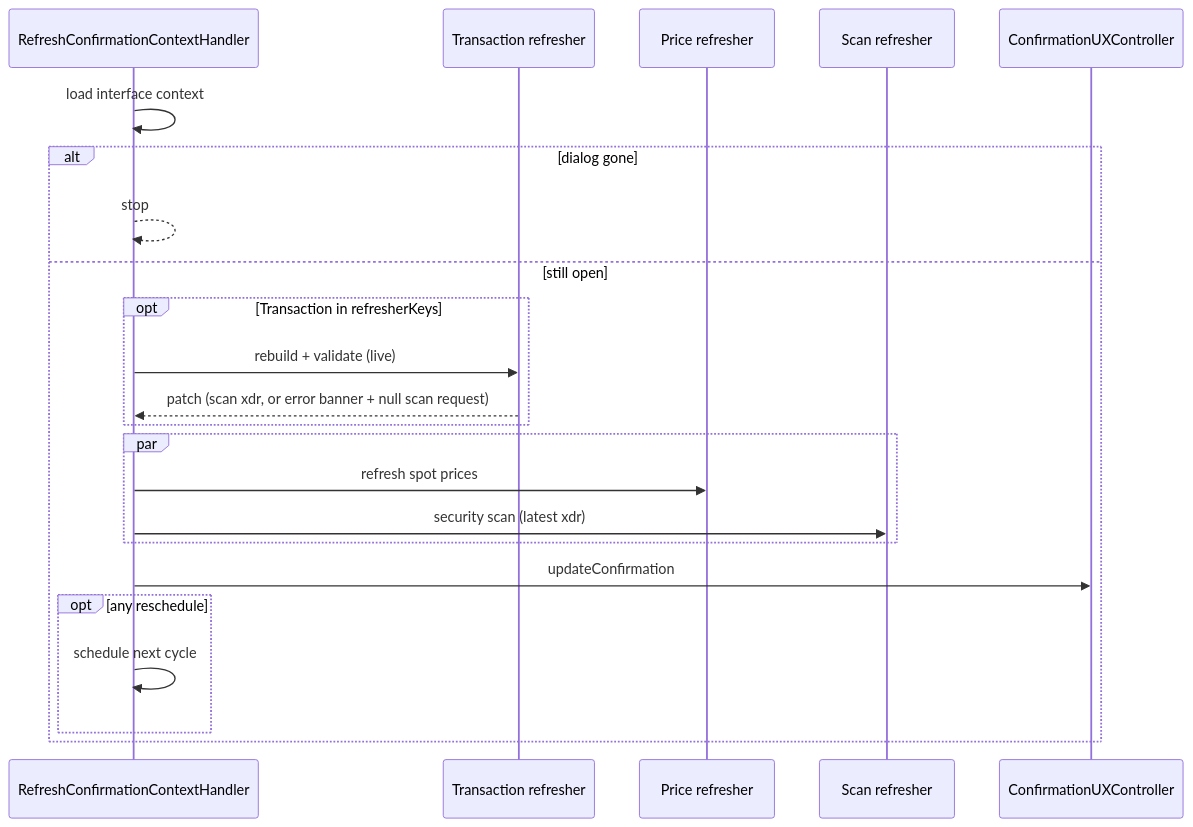
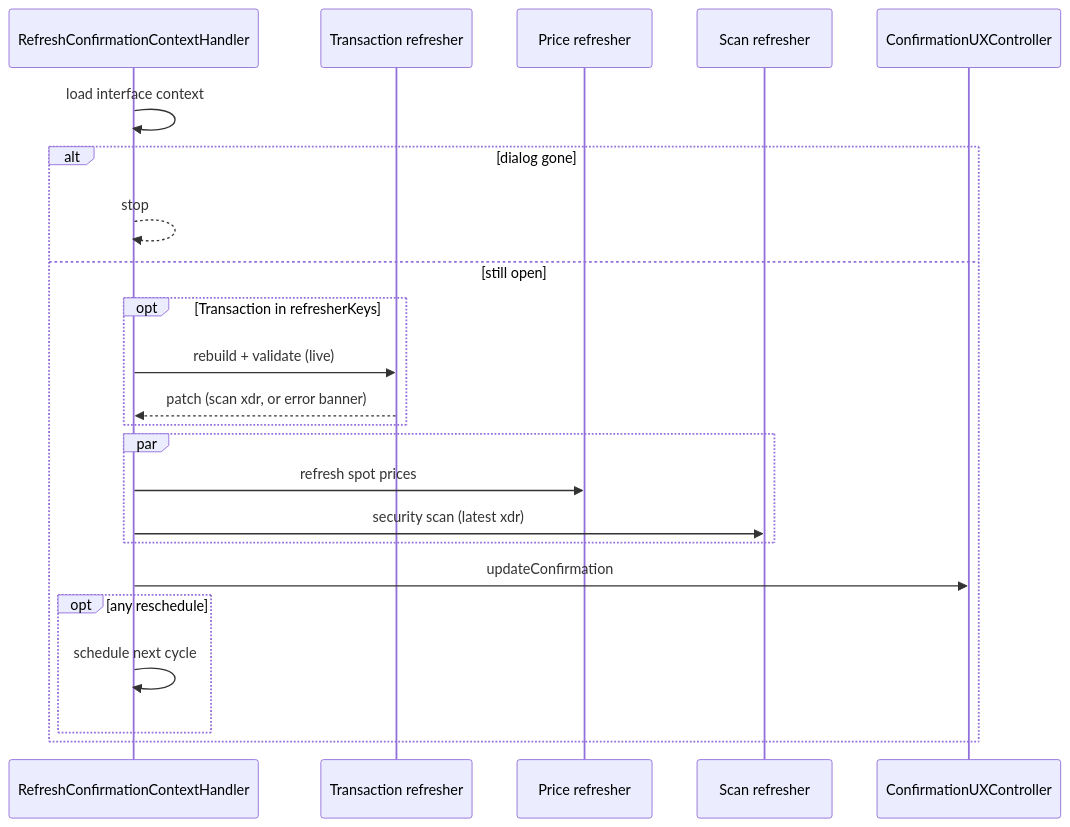
One commit to MetaMask/internal-snaps changed the diagram in packages/stellar-wallet-snap/docs/use-cases/cron-job/refreshConfirmationContext.md. Above: the diagram before and after it, drawn with Mermaid. The commit also changed other lines of this file and 1 other file, not shown here.

````diff
--- a/packages/stellar-wallet-snap/docs/use-cases/cron-job/refreshConfirmationContext.md
+++ b/packages/stellar-wallet-snap/docs/use-cases/cron-job/refreshConfirmationContext.md
@@ -59,26 +59,26 @@
 ```mermaid
 sequenceDiagram
   participant Cron as RefreshConfirmationContextHandler
   participant TxR as Transaction refresher
   participant Price as Price refresher
   participant Scan as Scan refresher
   participant UI as ConfirmationUXController
 
   Cron->>Cron: load interface context
   alt dialog gone
     Cron-->>Cron: stop
   else still open
     opt Transaction in refresherKeys
       Cron->>TxR: rebuild + validate (live)
-      TxR-->>Cron: patch (scan xdr, or error banner + null scan request)
+      TxR-->>Cron: patch (scan xdr, or error banner)
     end
     par
       Cron->>Price: refresh spot prices
       Cron->>Scan: security scan (latest xdr)
     end
     Cron->>UI: updateConfirmation
     opt any reschedule
       Cron->>Cron: schedule next cycle
     end
   end
 ```
````
